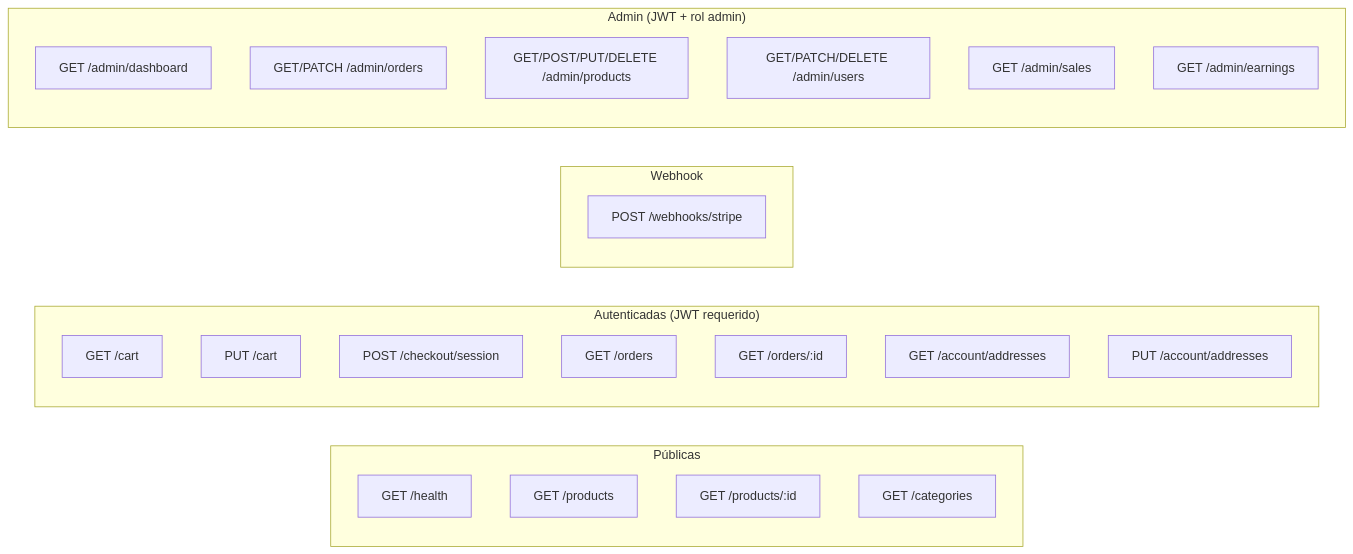
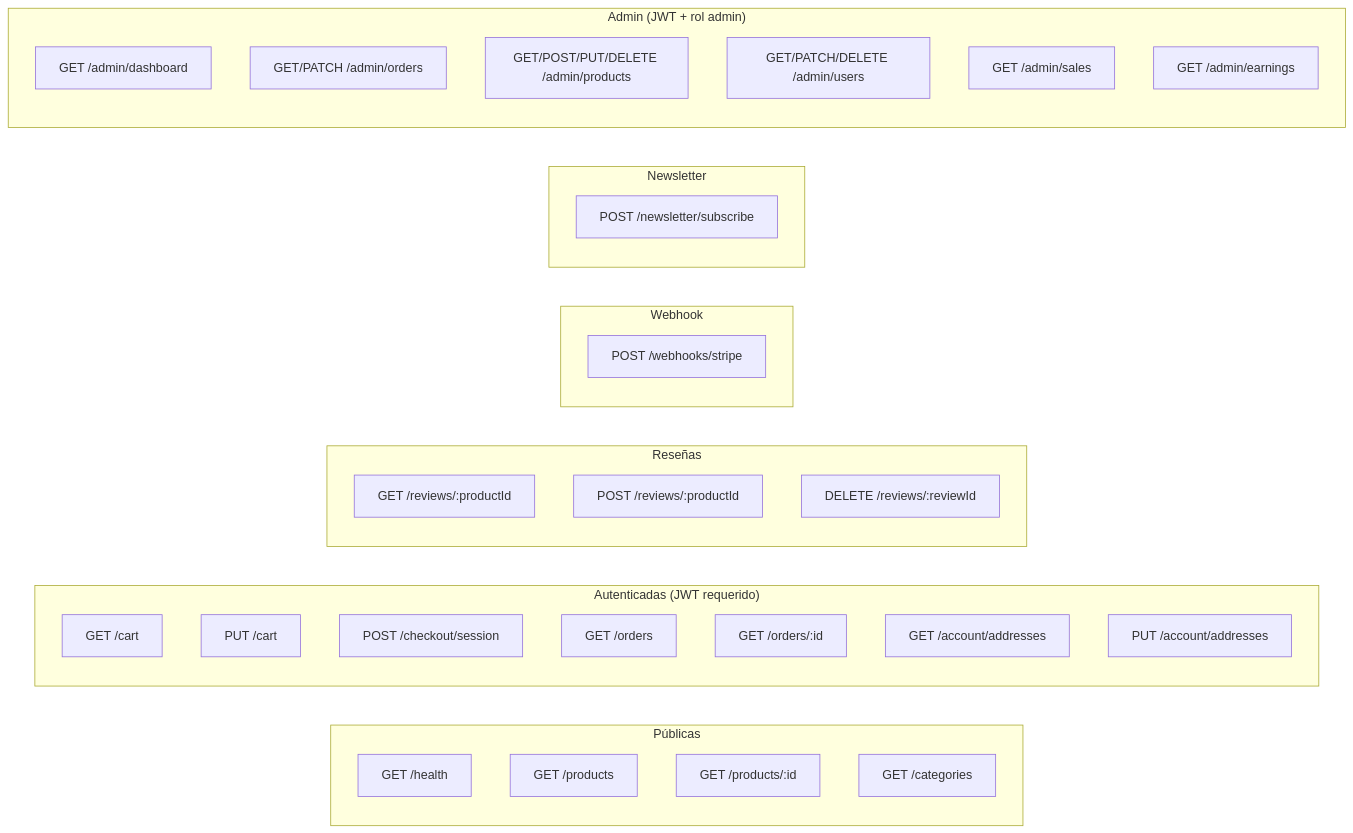
Before and after one commit to EiJassiel/healthora: the fourth of 11 diagrams in docs/arquitectura.md, drawn with Mermaid. The commit also changed other lines of this file and 4 other files, not shown here.

````diff
--- a/docs/arquitectura.md
+++ b/docs/arquitectura.md
@@ -213,32 +228,42 @@
 ```mermaid
 graph LR
     subgraph Públicas
         P1["GET /health"]
         P2["GET /products"]
         P3["GET /products/:id"]
         P4["GET /categories"]
     end
 
     subgraph Autenticadas["Autenticadas (JWT requerido)"]
         A1["GET /cart"]
         A2["PUT /cart"]
         A3["POST /checkout/session"]
         A4["GET /orders"]
         A5["GET /orders/:id"]
         A6["GET /account/addresses"]
         A7["PUT /account/addresses"]
     end
 
+    subgraph Reseñas["Reseñas"]
+        R1["GET /reviews/:productId"]
+        R2["POST /reviews/:productId"]
+        R3["DELETE /reviews/:reviewId"]
+    end
+
     subgraph Webhook
         W1["POST /webhooks/stripe"]
+    end
+
+    subgraph Newsletter
+        N1["POST /newsletter/subscribe"]
     end
 
     subgraph Admin["Admin (JWT + rol admin)"]
         ADM1["GET /admin/dashboard"]
         ADM2["GET/PATCH /admin/orders"]
         ADM3["GET/POST/PUT/DELETE /admin/products"]
         ADM4["GET/PATCH/DELETE /admin/users"]
         ADM5["GET /admin/sales"]
         ADM6["GET /admin/earnings"]
     end
 ```
````
